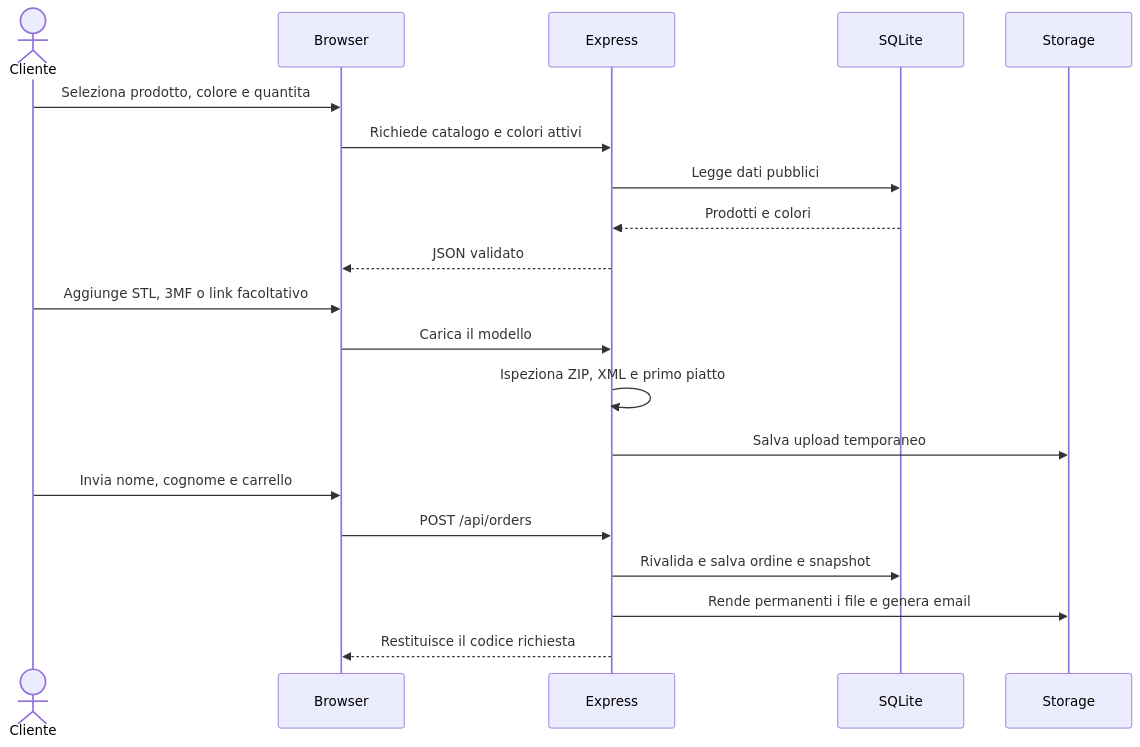
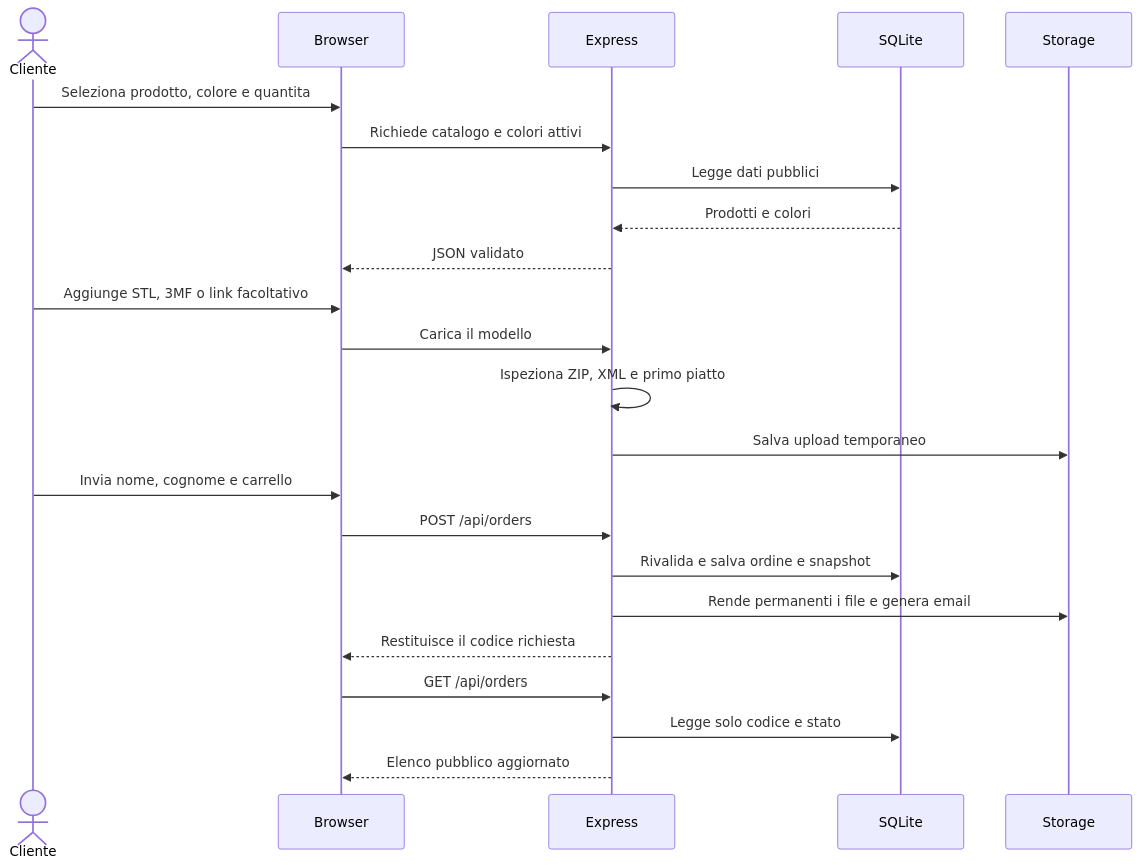
The third of 4 diagrams in docs/ARCHITETTURA.md (Moffoletta/pixel-print-lab), drawn with Mermaid before and after one commit. The commit also changed other lines of this file and 15 other files, not shown here.

````diff
--- a/docs/ARCHITETTURA.md
+++ b/docs/ARCHITETTURA.md
@@ -116,23 +118,26 @@
 ```mermaid
 sequenceDiagram
   actor C as Cliente
   participant B as Browser
   participant E as Express
   participant D as SQLite
   participant S as Storage
 
   C->>B: Seleziona prodotto, colore e quantita
   B->>E: Richiede catalogo e colori attivi
   E->>D: Legge dati pubblici
   D-->>E: Prodotti e colori
   E-->>B: JSON validato
   C->>B: Aggiunge STL, 3MF o link facoltativo
   B->>E: Carica il modello
   E->>E: Ispeziona ZIP, XML e primo piatto
   E->>S: Salva upload temporaneo
   C->>B: Invia nome, cognome e carrello
   B->>E: POST /api/orders
   E->>D: Rivalida e salva ordine e snapshot
   E->>S: Rende permanenti i file e genera email
   E-->>B: Restituisce il codice richiesta
+  B->>E: GET /api/orders
+  E->>D: Legge solo codice e stato
+  E-->>B: Elenco pubblico aggiornato
 ```
````
